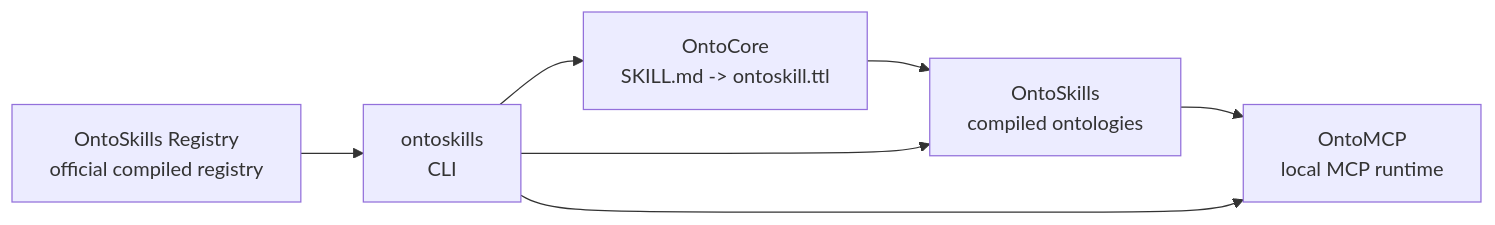
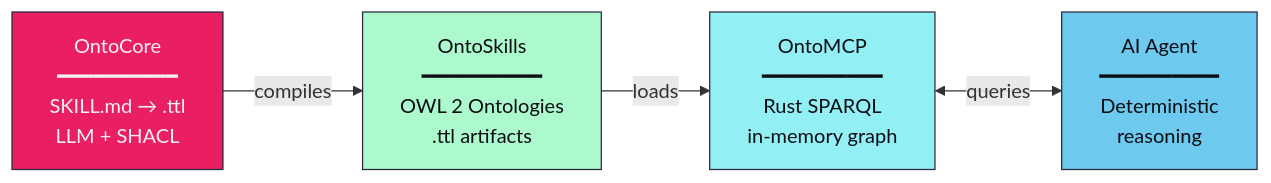
Before and after one commit to mareasoftware/ontoclaw: the diagram in README.md, drawn with Mermaid. The commit also changed other lines of this file and 9 other files, not shown here.

First line of the commit message:
fix: restore OntoSkills naming, add registry docs

````diff
--- a/README.md
+++ b/README.md
@@ -39,9 +46,11 @@
 ```mermaid
 flowchart LR
-    CORE["OntoCore<br/>SKILL.md -> ontoskill.ttl"] --> COMPILED["OntoSkills<br/>compiled ontologies"]
-    COMPILED --> MCP["OntoMCP<br/>local MCP runtime"]
-    REG["OntoSkills Registry<br/>official compiled registry"] --> CLI["ontoskills<br/>CLI"]
-    CLI --> MCP
-    CLI --> COMPILED
-    CLI --> CORE
+    CORE["OntoCore<br/>━━━━━━━━━━<br/>SKILL.md → .ttl<br/>LLM + SHACL"] -->|"compiles"| CENTER["OntoSkills<br/>━━━━━━━━━━<br/>OWL 2 Ontologies<br/>.ttl artifacts"]
+    CENTER -->|"loads"| MCP["OntoMCP<br/>━━━━━━━━━━<br/>Rust SPARQL<br/>in-memory graph"]
+    MCP <-->|"queries"| AGENT["AI Agent<br/>━━━━━━━━━━<br/>Deterministic<br/>reasoning"]
+
+    style CORE fill:#e91e63,stroke:#2a2a3e,color:#f0f0f5
+    style CENTER fill:#abf9cc,stroke:#2a2a3e,color:#0d0d14
+    style MCP fill:#92eff4,stroke:#2a2a3e,color:#0d0d14
+    style AGENT fill:#6dc9ee,stroke:#2a2a3e,color:#0d0d14
 ```
````
